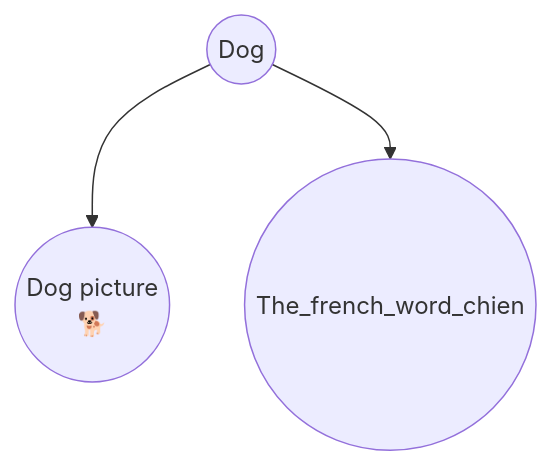
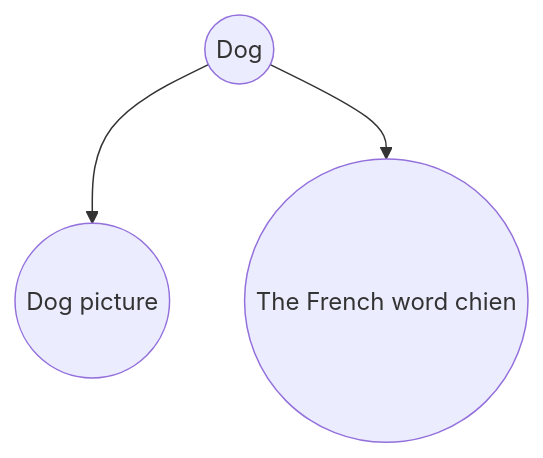
Before and after one commit to WeirdCatAFK/Flashback: the fourth of 8 diagrams in src/mcp/skills/flashback-cards/SKILL.md, drawn with Mermaid. The commit also changed other lines of this file and 3 other files, not shown here.

````diff
--- a/src/mcp/skills/flashback-cards/SKILL.md
+++ b/src/mcp/skills/flashback-cards/SKILL.md
@@ -163,5 +189,5 @@
 ```mermaid
 graph TD
-  Dog((Dog)) --> Picture(("Dog picture<br/>🐕"))
-  Dog --> Chien((The_french_word_chien))
+  Dog((Dog)) --> Picture(("Dog picture"))
+  Dog --> Chien((The French word chien))
 ```
````
